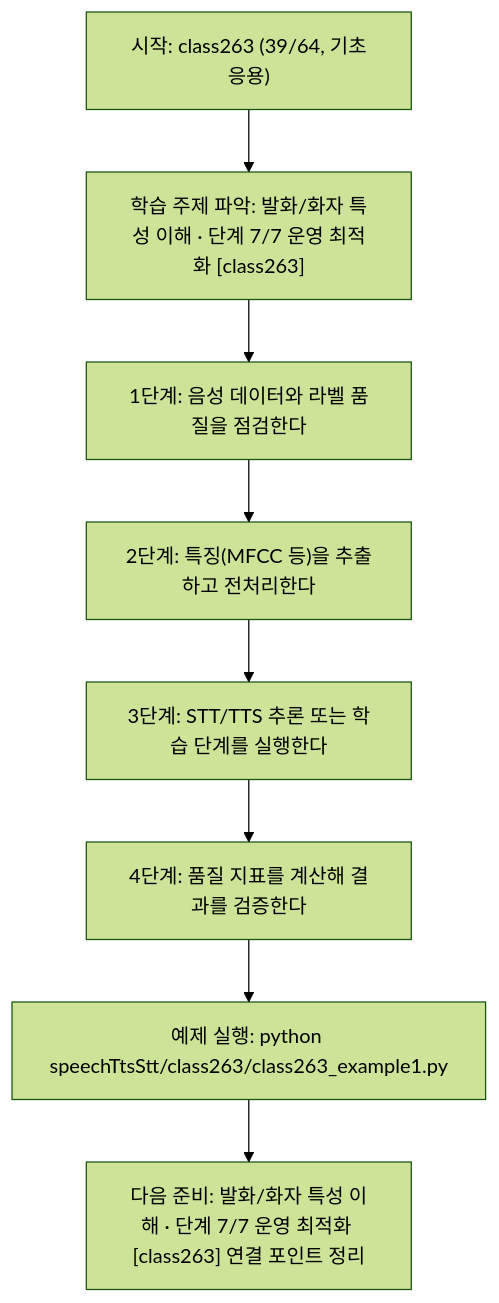
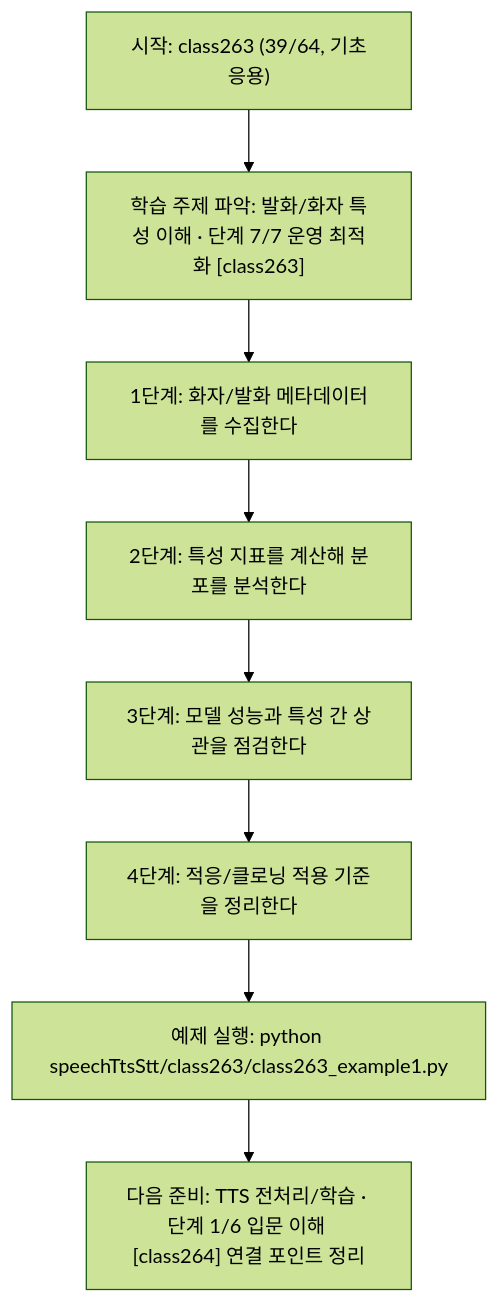
Before and after one commit to edumgt/Python-AI_Agent-Class: the diagram in speechTtsStt/class263/class263.md, drawn with Mermaid (forest theme). The commit also changed other lines of this file and 1122 other files, not shown here.

````diff
--- a/speechTtsStt/class263/class263.md
+++ b/speechTtsStt/class263/class263.md
@@ -115,18 +95,18 @@
 ```mermaid
 flowchart TD
 N1["시작: class263 (39/64, 기초응용)"]
 N2["학습 주제 파악: 발화/화자 특성 이해 · 단계 7/7 운영 최적화 [class263]"]
-N3["1단계: 음성 데이터와 라벨 품질을 점검한다"]
-N4["2단계: 특징(MFCC 등)을 추출하고 전처리한다"]
-N5["3단계: STT/TTS 추론 또는 학습 단계를 실행한다"]
-N6["4단계: 품질 지표를 계산해 결과를 검증한다"]
+N3["1단계: 화자/발화 메타데이터를 수집한다"]
+N4["2단계: 특성 지표를 계산해 분포를 분석한다"]
+N5["3단계: 모델 성능과 특성 간 상관을 점검한다"]
+N6["4단계: 적응/클로닝 적용 기준을 정리한다"]
 N7["예제 실행: python speechTtsStt/class263/class263_example1.py"]
-N8["다음 준비: 발화/화자 특성 이해 · 단계 7/7 운영 최적화 [class263] 연결 포인트 정리"]
+N8["다음 준비: TTS 전처리/학습 · 단계 1/6 입문 이해 [class264] 연결 포인트 정리"]
 N1 --> N2
 N2 --> N3
 N3 --> N4
 N4 --> N5
 N5 --> N6
 N6 --> N7
 N7 --> N8
 ```
````
